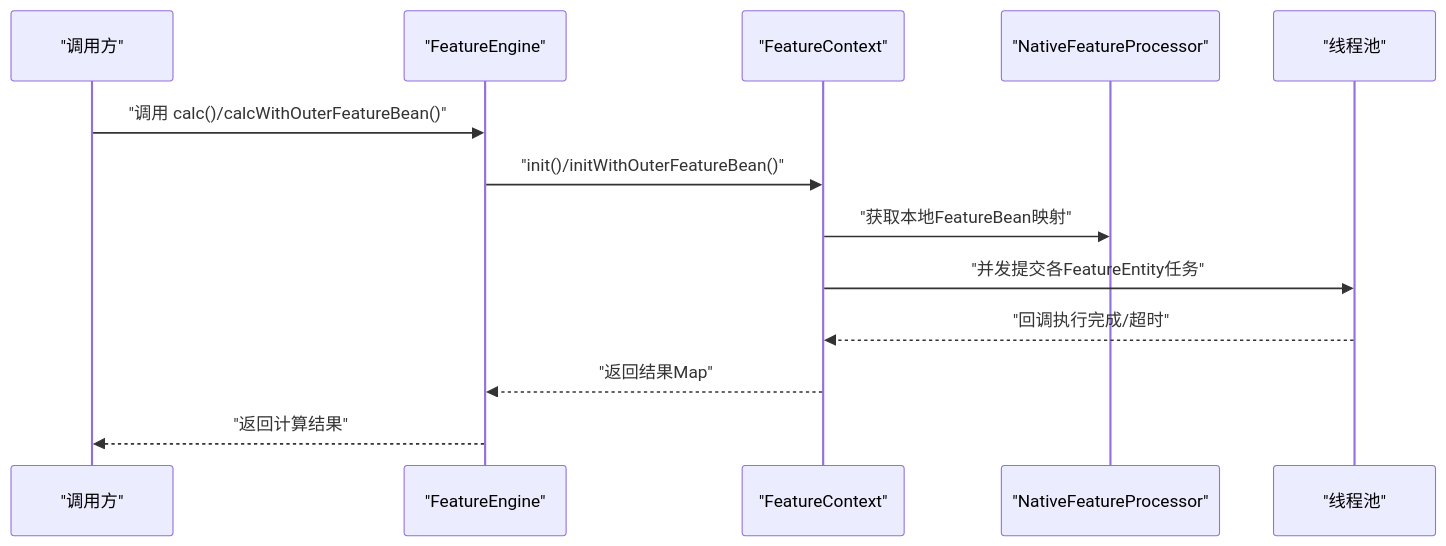
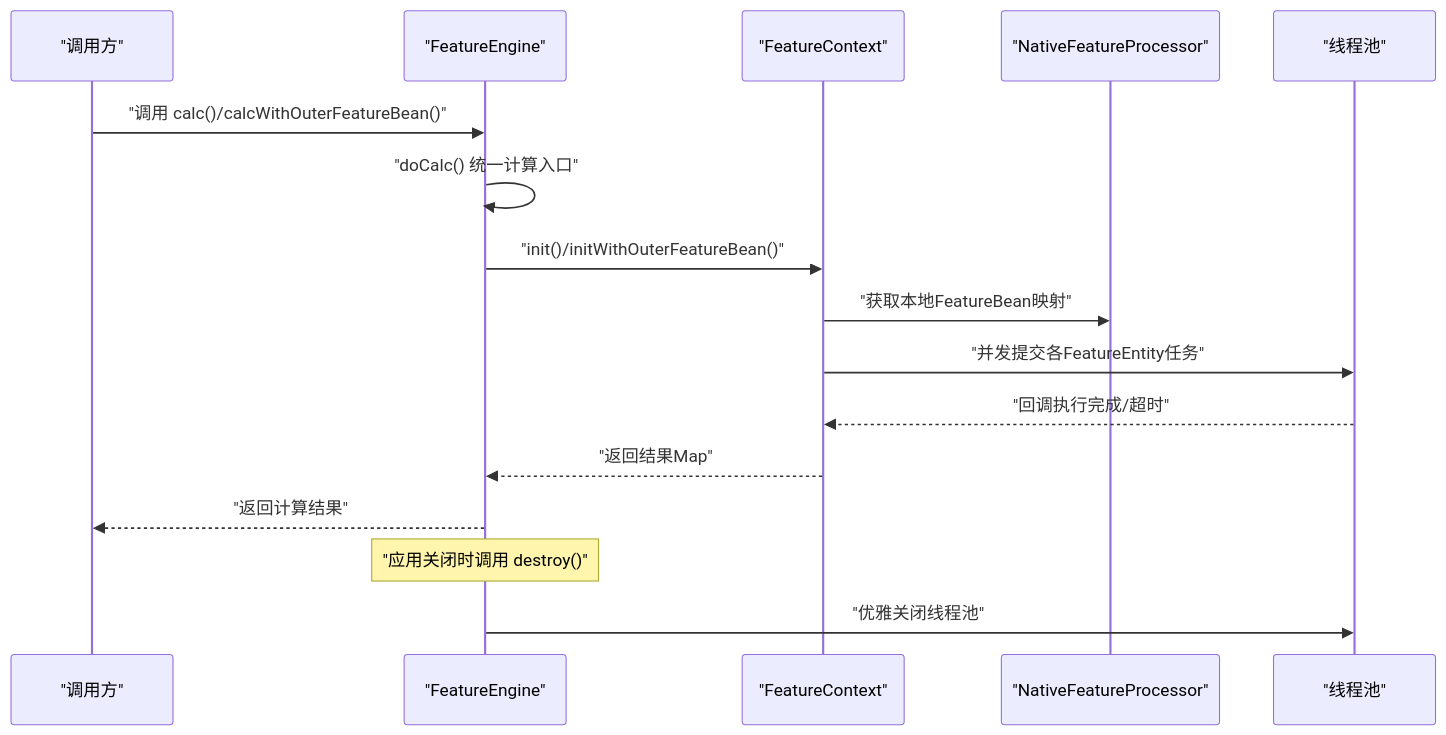
One commit to txzhanghuan/feature changed the second of 4 diagrams in .qoder/repowiki/zh/content/API参考/FeatureEngine核心API.md. Above: the diagram before and after it, drawn with Mermaid. The commit also changed other lines of this file and 13 other files, not shown here.

````diff
--- a/.qoder/repowiki/zh/content/API参考/FeatureEngine核心API.md
+++ b/.qoder/repowiki/zh/content/API参考/FeatureEngine核心API.md
@@ -91,15 +96,18 @@
 ```mermaid
 sequenceDiagram
 participant U as "调用方"
 participant E as "FeatureEngine"
 participant C as "FeatureContext"
 participant P as "NativeFeatureProcessor"
 participant TP as "线程池"
 U->>E : "调用 calc()/calcWithOuterFeatureBean()"
+E->>E : "doCalc() 统一计算入口"
 E->>C : "init()/initWithOuterFeatureBean()"
 C->>P : "获取本地FeatureBean映射"
 C->>TP : "并发提交各FeatureEntity任务"
 TP-->>C : "回调执行完成/超时"
 C-->>E : "返回结果Map"
 E-->>U : "返回计算结果"
+Note over E : "应用关闭时调用 destroy()"
+E->>TP : "优雅关闭线程池"
 ```
````
